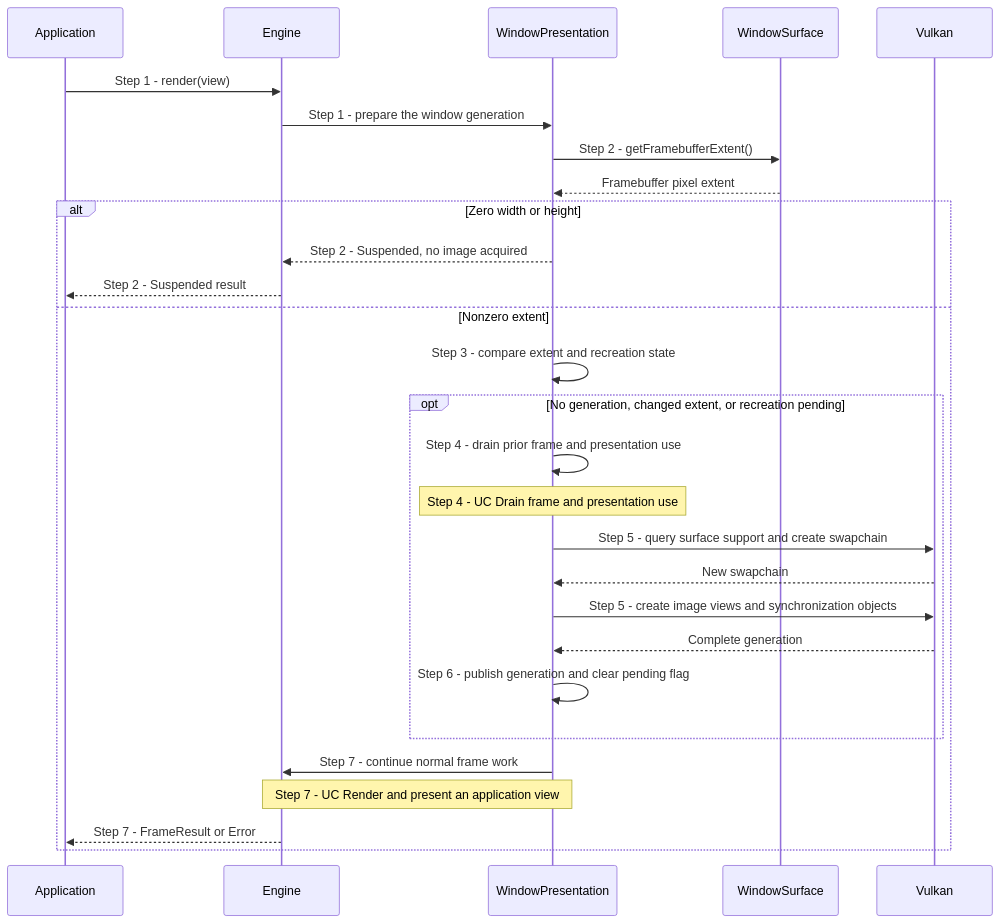
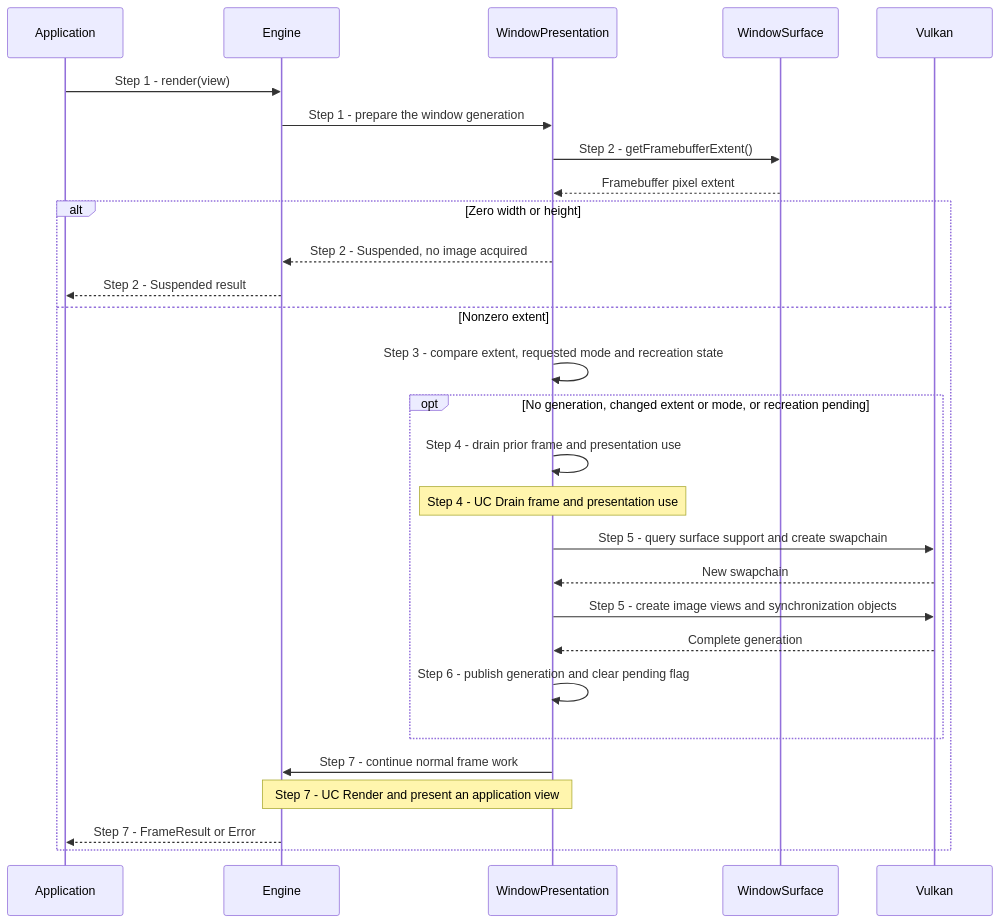
Before and after one commit to a-soltysik/Panda: the first of 2 diagrams in docs/use-cases/recreate-swapchain.md, drawn with Mermaid. The commit also changed other lines of this file and 56 other files, not shown here.

Commit message:
Add runtime graphics settings (#136)

````diff
--- a/docs/use-cases/recreate-swapchain.md
+++ b/docs/use-cases/recreate-swapchain.md
@@ -49,30 +53,30 @@
 ```mermaid
 sequenceDiagram
     participant A as Application
     participant C as Engine
     participant P as WindowPresentation
     participant S as WindowSurface
     participant V as Vulkan
     A->>C: Step 1 - render(view)
     C->>P: Step 1 - prepare the window generation
     P->>S: Step 2 - getFramebufferExtent()
     S-->>P: Framebuffer pixel extent
     alt Zero width or height
         P-->>C: Step 2 - Suspended, no image acquired
         C-->>A: Step 2 - Suspended result
     else Nonzero extent
-        P->>P: Step 3 - compare extent and recreation state
-        opt No generation, changed extent, or recreation pending
+        P->>P: Step 3 - compare extent, requested mode and recreation state
+        opt No generation, changed extent or mode, or recreation pending
             P->>P: Step 4 - drain prior frame and presentation use
             Note over P: Step 4 - UC Drain frame and presentation use
             P->>V: Step 5 - query surface support and create swapchain
             V-->>P: New swapchain
             P->>V: Step 5 - create image views and synchronization objects
             V-->>P: Complete generation
             P->>P: Step 6 - publish generation and clear pending flag
         end
         P->>C: Step 7 - continue normal frame work
         Note over P,C: Step 7 - UC Render and present an application view
         C-->>A: Step 7 - FrameResult or Error
     end
 ```
````
